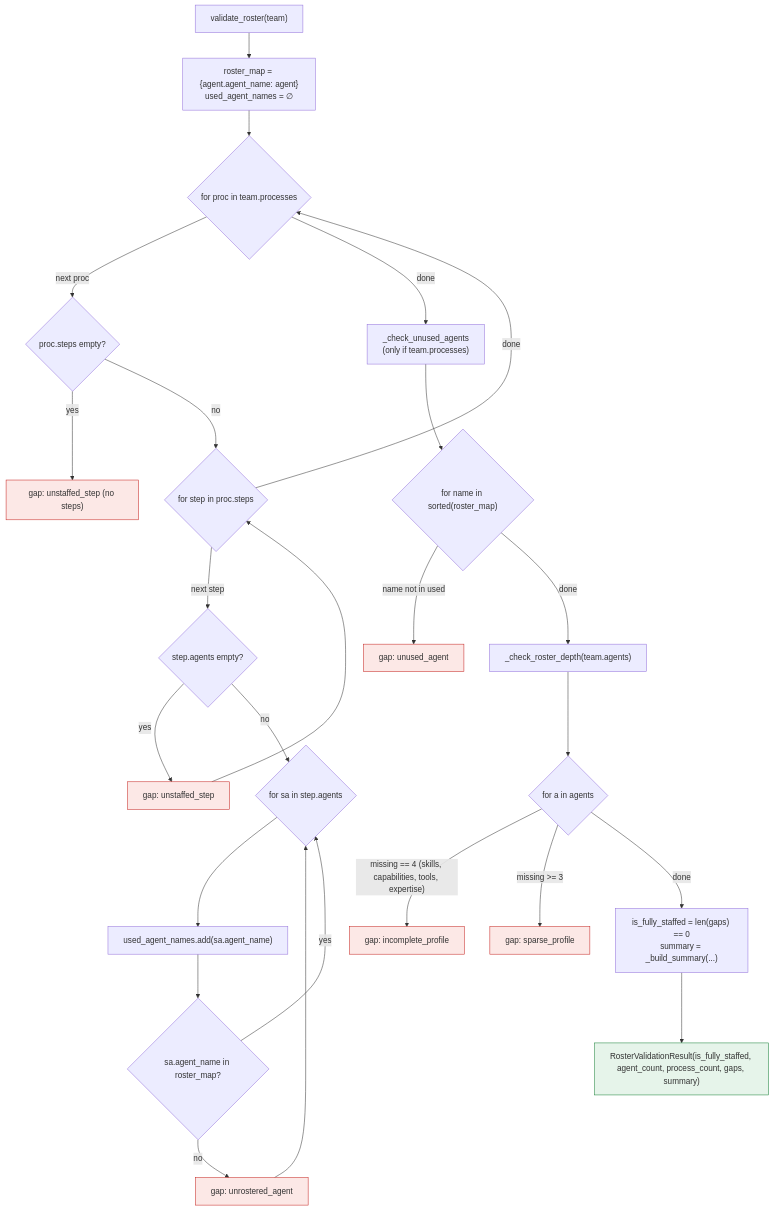
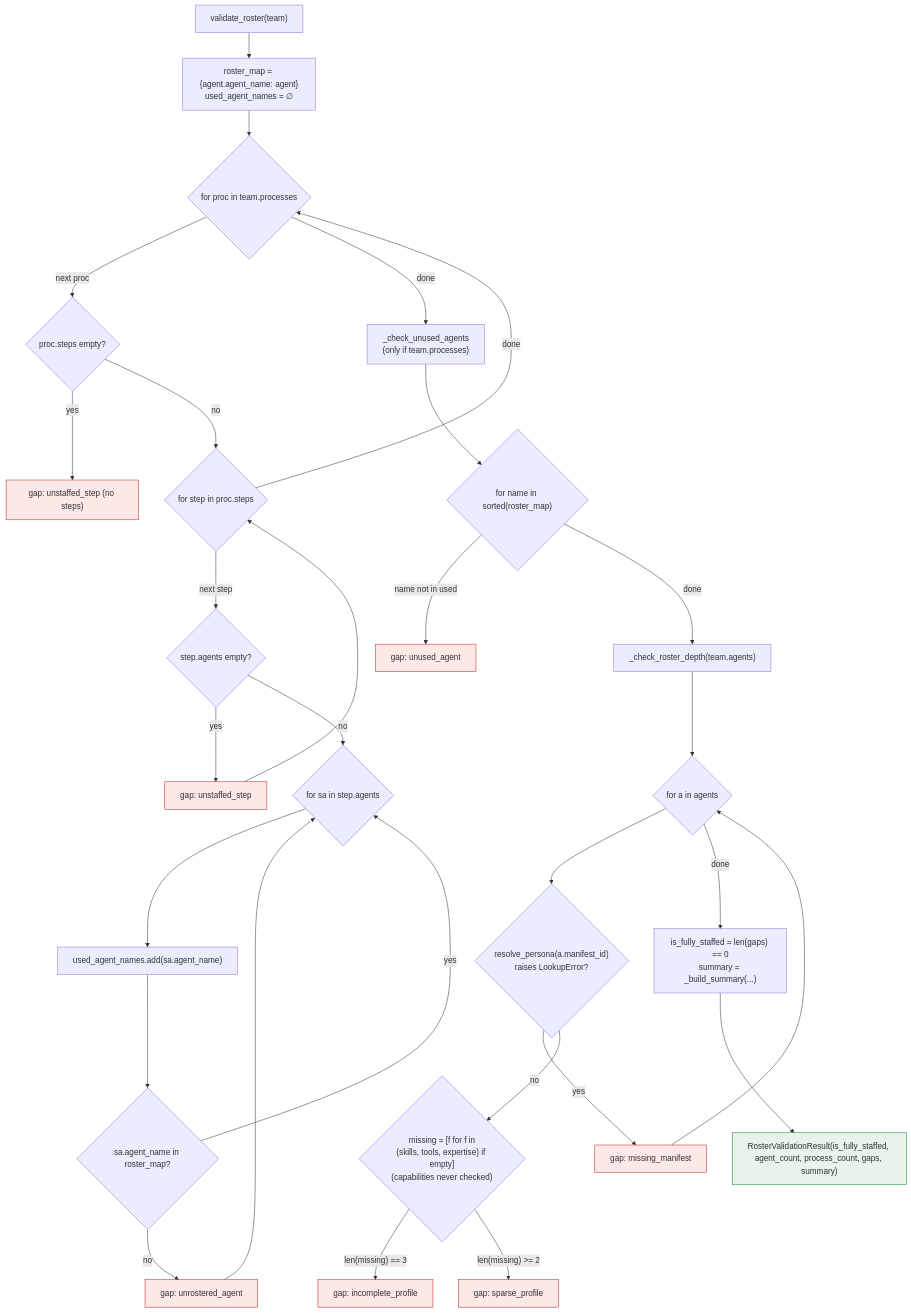
The fifth of 8 diagrams in backend/agents/agent_team_studio/agentic_team_provisioning/system_design/flow_charts.md (brandonkindred/Khala-Agentic-AI-Teams), drawn with Mermaid before and after one commit. The commit also changed other lines of this file and 5 other files, not shown here.

````diff
--- a/backend/agents/agent_team_studio/agentic_team_provisioning/system_design/flow_charts.md
+++ b/backend/agents/agent_team_studio/agentic_team_provisioning/system_design/flow_charts.md
@@ -133,33 +133,37 @@
 ```mermaid
 flowchart TD
     Start["validate_roster(team)"]
     Start --> BuildMap["roster_map = {agent.agent_name: agent}<br/>used_agent_names = ∅"]
     BuildMap --> LoopP{"for proc in team.processes"}
     LoopP -->|next proc| CheckSteps{"proc.steps empty?"}
     CheckSteps -->|yes| GapUnstaffed1["gap: unstaffed_step (no steps)"]
     CheckSteps -->|no| LoopS{"for step in proc.steps"}
     LoopS -->|next step| StepAgents{"step.agents empty?"}
     StepAgents -->|yes| GapUnstaffed2["gap: unstaffed_step"]
     StepAgents -->|no| LoopSA{"for sa in step.agents"}
     LoopSA --> AddUsed["used_agent_names.add(sa.agent_name)"]
     AddUsed --> InRoster{"sa.agent_name in roster_map?"}
     InRoster -->|no| GapUnrostered["gap: unrostered_agent"]
     InRoster -->|yes| LoopSA
     GapUnrostered --> LoopSA
     GapUnstaffed2 --> LoopS
     LoopS -->|done| LoopP
     LoopP -->|done| UnusedCheck["_check_unused_agents<br/>(only if team.processes)"]
     UnusedCheck --> LoopUnused{"for name in sorted(roster_map)"}
     LoopUnused -->|name not in used| GapUnused["gap: unused_agent"]
     LoopUnused -->|done| DepthCheck["_check_roster_depth(team.agents)"]
     DepthCheck --> LoopDepth{"for a in agents"}
-    LoopDepth -->|"missing == 4 (skills, capabilities, tools, expertise)"| GapIncomplete["gap: incomplete_profile"]
-    LoopDepth -->|"missing >= 3"| GapSparse["gap: sparse_profile"]
+    LoopDepth --> ResolvePersona{"resolve_persona(a.manifest_id)<br/>raises LookupError?"}
+    ResolvePersona -->|yes| GapMissingManifest["gap: missing_manifest"]
+    ResolvePersona -->|no| CountMissing{"missing = [f for f in<br/>(skills, tools, expertise) if empty]<br/>(capabilities never checked)"}
+    CountMissing -->|"len(missing) == 3"| GapIncomplete["gap: incomplete_profile"]
+    CountMissing -->|"len(missing) >= 2"| GapSparse["gap: sparse_profile"]
+    GapMissingManifest --> LoopDepth
     LoopDepth -->|done| Aggregate["is_fully_staffed = len(gaps) == 0<br/>summary = _build_summary(...)"]
     Aggregate --> Result["RosterValidationResult(is_fully_staffed, agent_count, process_count, gaps, summary)"]
 
     classDef good fill:#e6f4ea,stroke:#188038
     classDef bad fill:#fce8e6,stroke:#c5221f
     class Result good
-    class GapUnstaffed1,GapUnstaffed2,GapUnrostered,GapUnused,GapIncomplete,GapSparse bad
+    class GapUnstaffed1,GapUnstaffed2,GapUnrostered,GapUnused,GapMissingManifest,GapIncomplete,GapSparse bad
 ```
````
